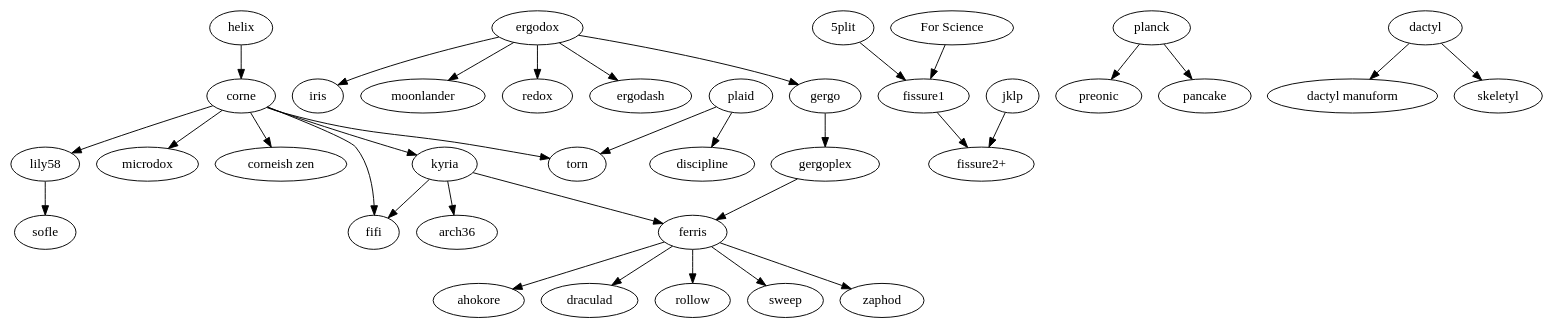
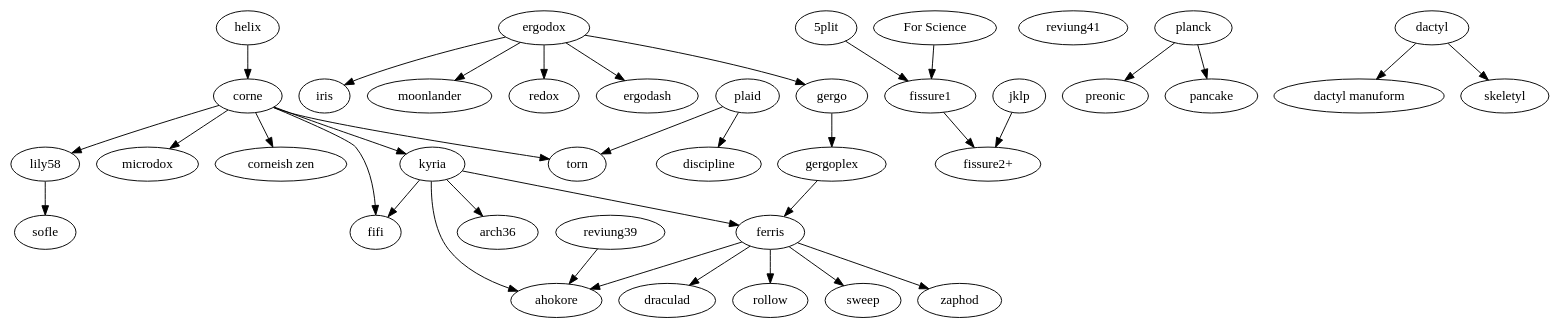
The diagram in tree.gv (petejohanson/mk-family-tree), drawn with Graphviz before and after one commit.

Commit message:
Tweak ahokore ancestors

```diff
--- a/tree.gv
+++ b/tree.gv
@@ -1,64 +1,72 @@
 digraph T {
   subgraph splits {
     helix -> corne;
 
     corne -> {
       "corneish zen",
       fifi,
       kyria,
       lily58,
       microdox,
       torn
     };
 
     lily58 -> sofle;
 
     kyria -> {
+        ahokore,
         arch36,
         ferris,
         fifi
     };
 
     ergodox -> {
       ergodash,
       gergo,
       iris,
       moonlander,
       redox
     };
 
     gergo -> gergoplex;
     gergoplex -> ferris;
 
     ferris -> {
       ahokore,
       draculad,
       rollow,
       sweep,
       zaphod
     };
 
     "5plit" -> "fissure1";
     "For Science" -> "fissure1";
     fissure1 -> "fissure2+";
     jklp -> "fissure2+";
   }
 
+  subgraph unibody {
+    reviung39 -> {
+      ahokore
+    };
+    reviung41
+  };
+
   subgraph ortholinear {
     plaid -> {
       discipline,
       torn
     };
     planck -> {
       preonic,
       pancake
     };
   }
 
   subgraph {
     dactyl -> {
       "dactyl manuform",
       skeletyl
     }
   }
 }
```
